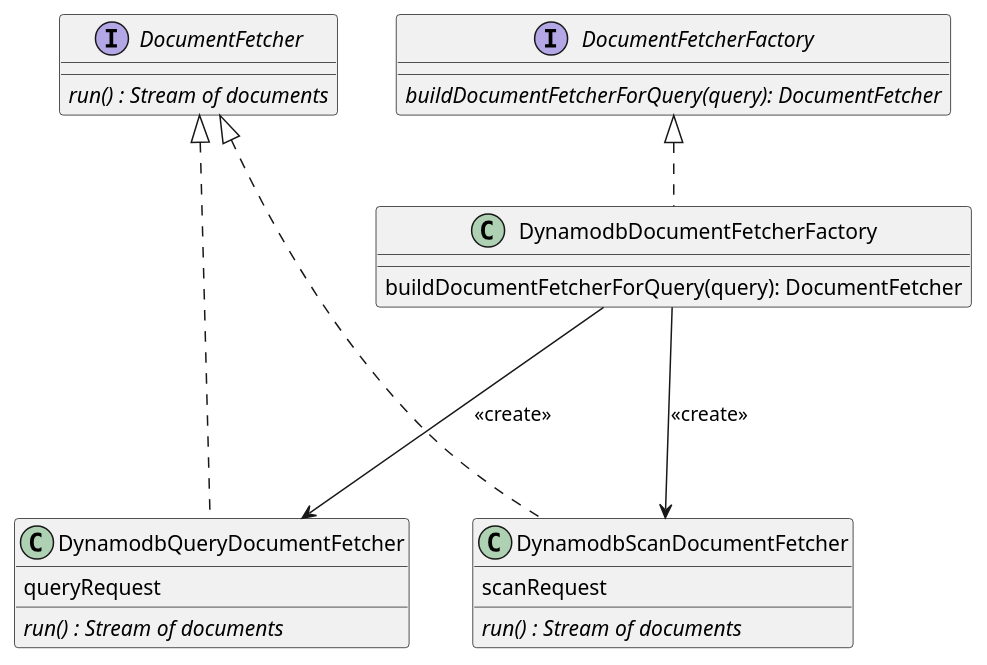
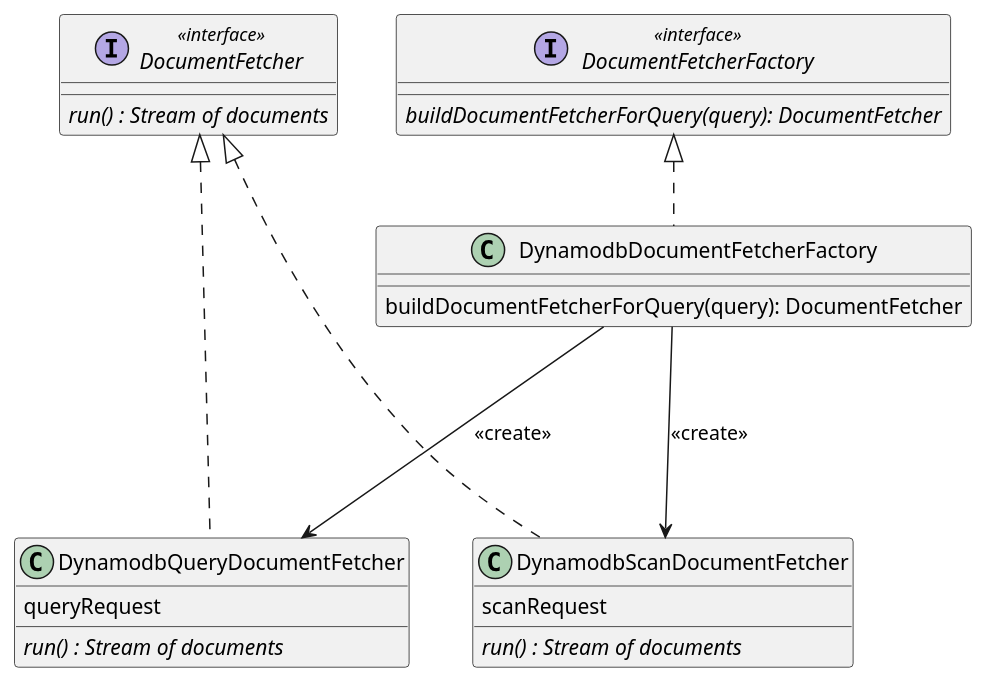
Before and after one commit to exasol/dynamodb-virtual-schema: the diagram in doc/diagrams/documentFetcher.puml, drawn with PlantUML. The commit also changed 7 other files, not shown here.

Commit message:
added interface annotation to diagrams

```diff
--- a/doc/diagrams/documentFetcher.puml
+++ b/doc/diagrams/documentFetcher.puml
@@ -1,30 +1,30 @@
 @startuml
 
-interface DocumentFetcher{
+interface  DocumentFetcher <<interface>> {
 {abstract} run() : Stream of documents
 }
 
-interface DocumentFetcherFactory{
+interface  DocumentFetcherFactory <<interface>> {
 {abstract} buildDocumentFetcherForQuery(query): DocumentFetcher
 }
 
 class DynamodbQueryDocumentFetcher{
 queryRequest
 {abstract} run() : Stream of documents
 }
 
 class DynamodbScanDocumentFetcher{
 scanRequest
 {abstract} run() : Stream of documents
 }
 
 class DynamodbDocumentFetcherFactory{
 buildDocumentFetcherForQuery(query): DocumentFetcher
 }
 DocumentFetcher <|.... DynamodbQueryDocumentFetcher
 DocumentFetcher <|.... DynamodbScanDocumentFetcher
 DocumentFetcherFactory <|.. DynamodbDocumentFetcherFactory
 DynamodbDocumentFetcherFactory ---> DynamodbQueryDocumentFetcher: <<create>>
 DynamodbDocumentFetcherFactory ---> DynamodbScanDocumentFetcher: <<create>>
 
 @enduml
```
